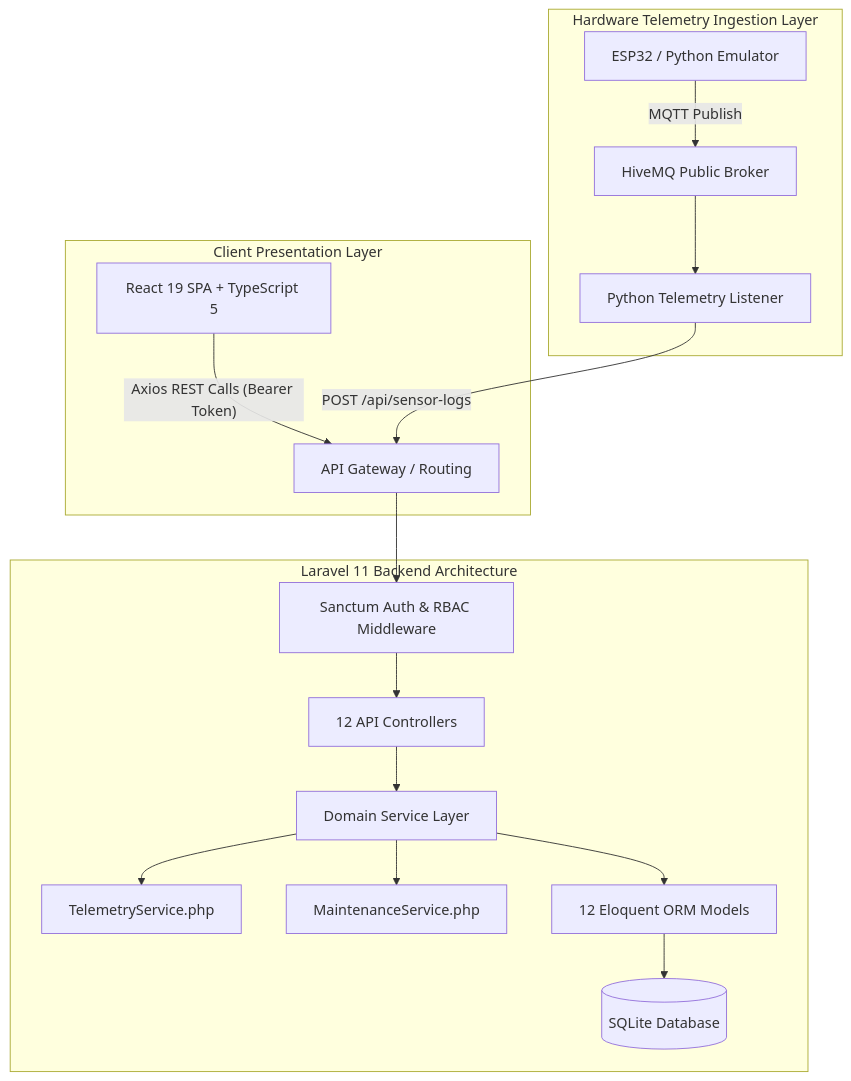
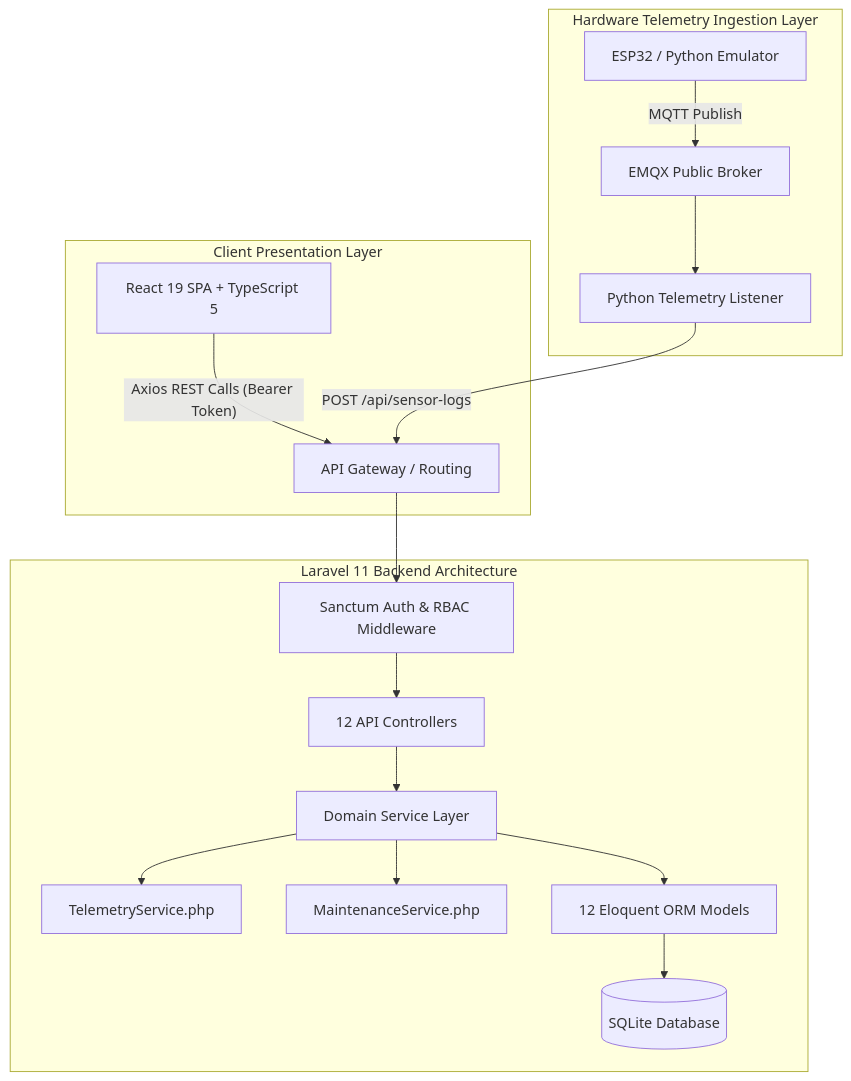
Before and after one commit to makerindo-repository/letsens: the first of 2 diagrams in docs/LAPORAN_SISTEM_LETSENS_2026.md, drawn with Mermaid. The commit also changed other lines of this file and 6 other files, not shown here.

First line of the commit message:
fix: unify MQTT broker to broker.emqx.io across entire codebase — QC end-to-end verified

````diff
--- a/docs/LAPORAN_SISTEM_LETSENS_2026.md
+++ b/docs/LAPORAN_SISTEM_LETSENS_2026.md
@@ -44,22 +44,22 @@
 ```mermaid
 graph TD
     subgraph Client Presentation Layer
         React["React 19 SPA + TypeScript 5"] -->|"Axios REST Calls (Bearer Token)"| Gateway["API Gateway / Routing"]
     end
 
     subgraph "Laravel 11 Backend Architecture"
         Gateway --> Sanctum["Sanctum Auth & RBAC Middleware"]
         Sanctum --> Controllers["12 API Controllers"]
         Controllers --> Services["Domain Service Layer"]
         Services --> TelemetrySvc["TelemetryService.php"]
         Services --> MaintSvc["MaintenanceService.php"]
         Services --> Models["12 Eloquent ORM Models"]
         Models --> DB[("SQLite Database")]
     end
 
     subgraph Hardware Telemetry Ingestion Layer
-        ESP32["ESP32 / Python Emulator"] -->|"MQTT Publish"| Broker["HiveMQ Public Broker"]
+        ESP32["ESP32 / Python Emulator"] -->|"MQTT Publish"| Broker["EMQX Public Broker"]
         Broker --> Daemon["Python Telemetry Listener"]
         Daemon -->|"POST /api/sensor-logs"| Gateway
     end
 ```
````
